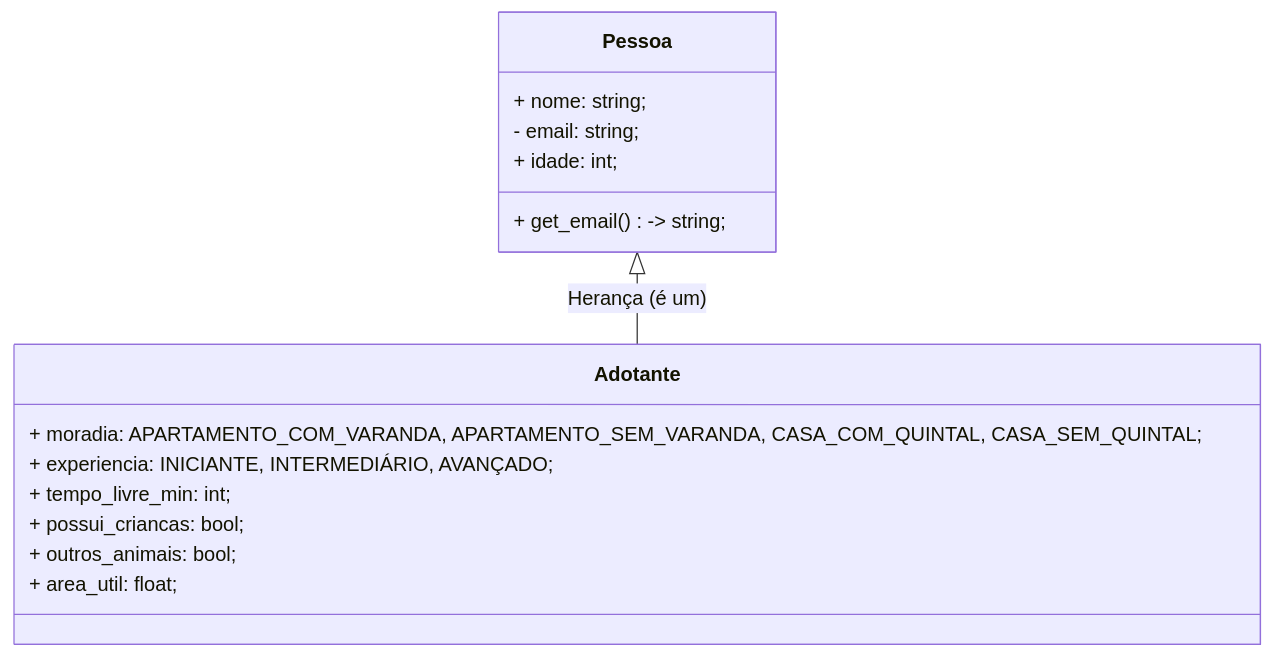
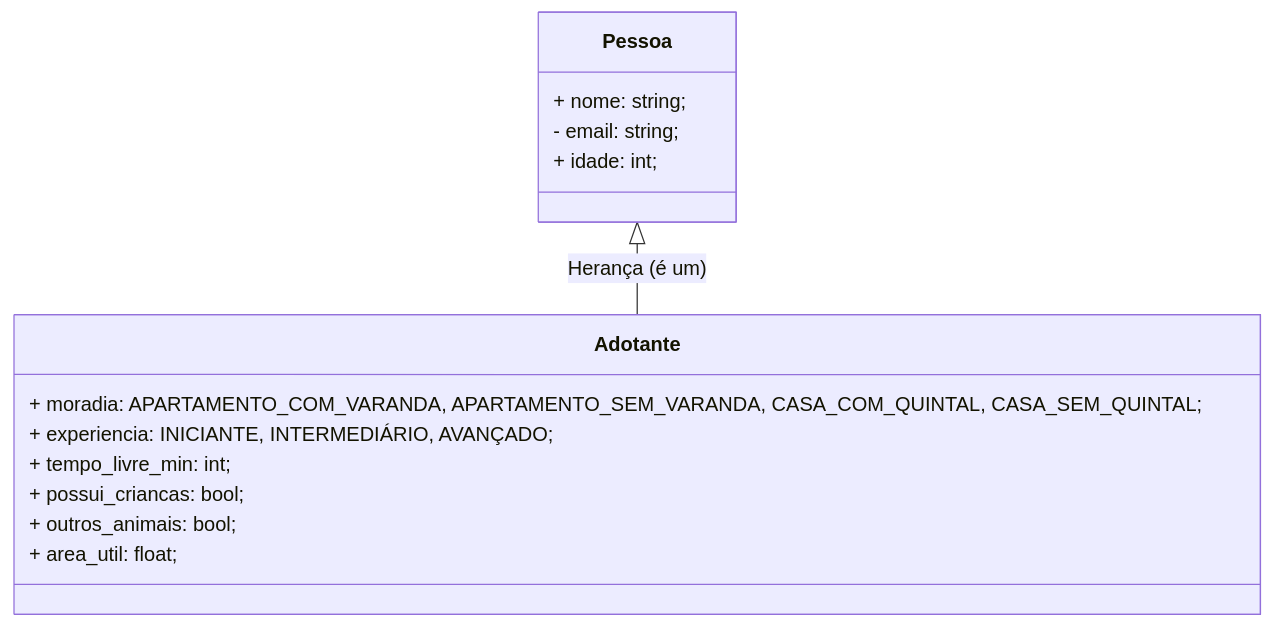
The second of 8 diagrams in docs/uml.md (Alisson014/projeto-1-poo-sistema-adocao-animais), drawn with Mermaid before and after one commit. The commit also changed other lines of this file and 2 other files, not shown here.

Commit message:
docs: update documentation to include tests and uml updates

````diff
--- a/docs/uml.md
+++ b/docs/uml.md
@@ -98,22 +102,21 @@
 ```mermaid
 classDiagram
     %% Classes:
     class Pessoa {
         + nome: string;
         - email: string;
         + idade: int;
-        + get_email() -> string;
     }
 
     class Adotante {
         + moradia: APARTAMENTO_COM_VARANDA, APARTAMENTO_SEM_VARANDA, CASA_COM_QUINTAL, CASA_SEM_QUINTAL;
         + experiencia: INICIANTE, INTERMEDIÁRIO, AVANÇADO;
         + tempo_livre_min: int;
         + possui_criancas: bool;
         + outros_animais: bool;
         + area_util: float;
     }
 
     %% Relacionamentos:
     Pessoa <|-- Adotante : Herança (é um)
 ```
````
